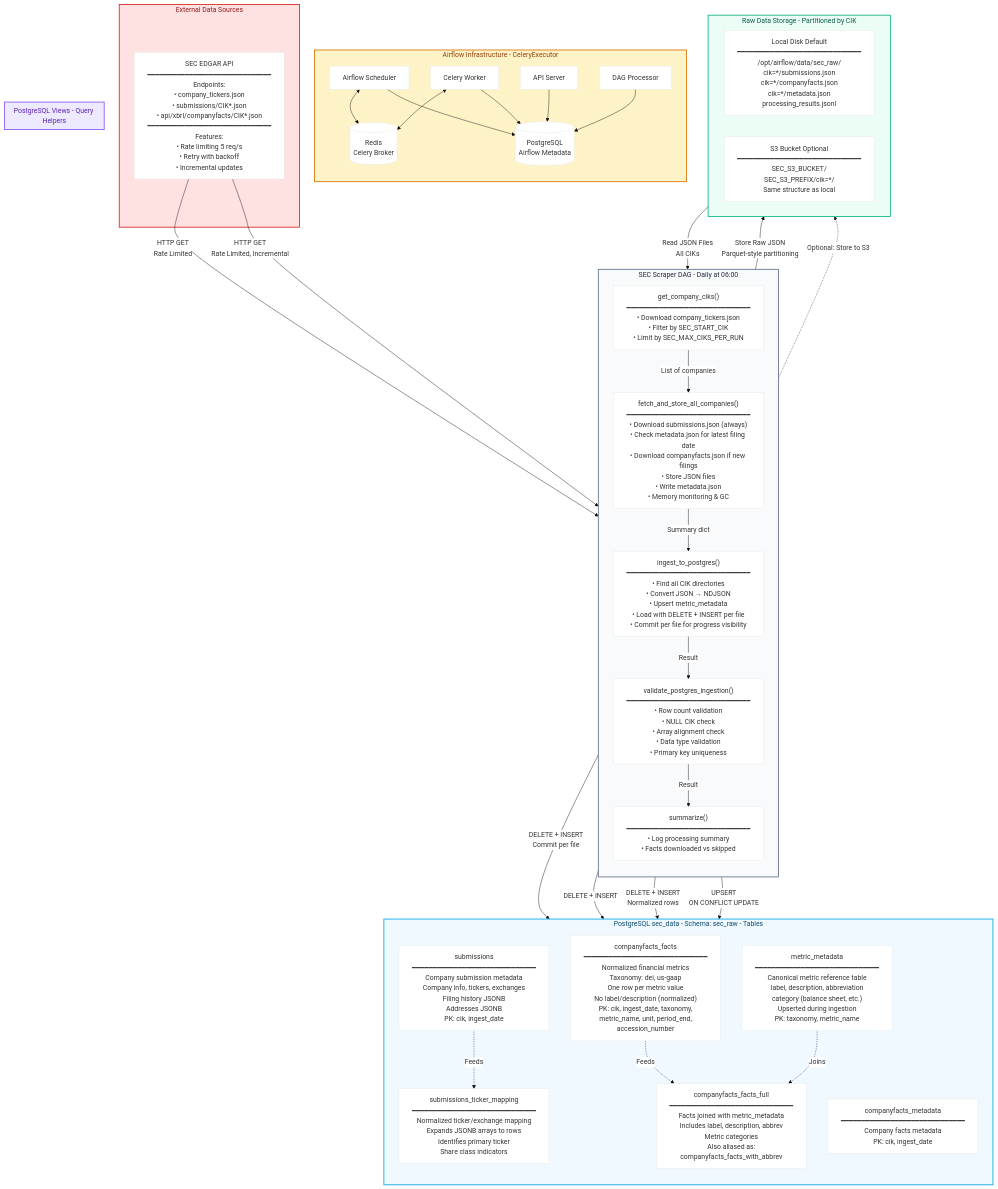
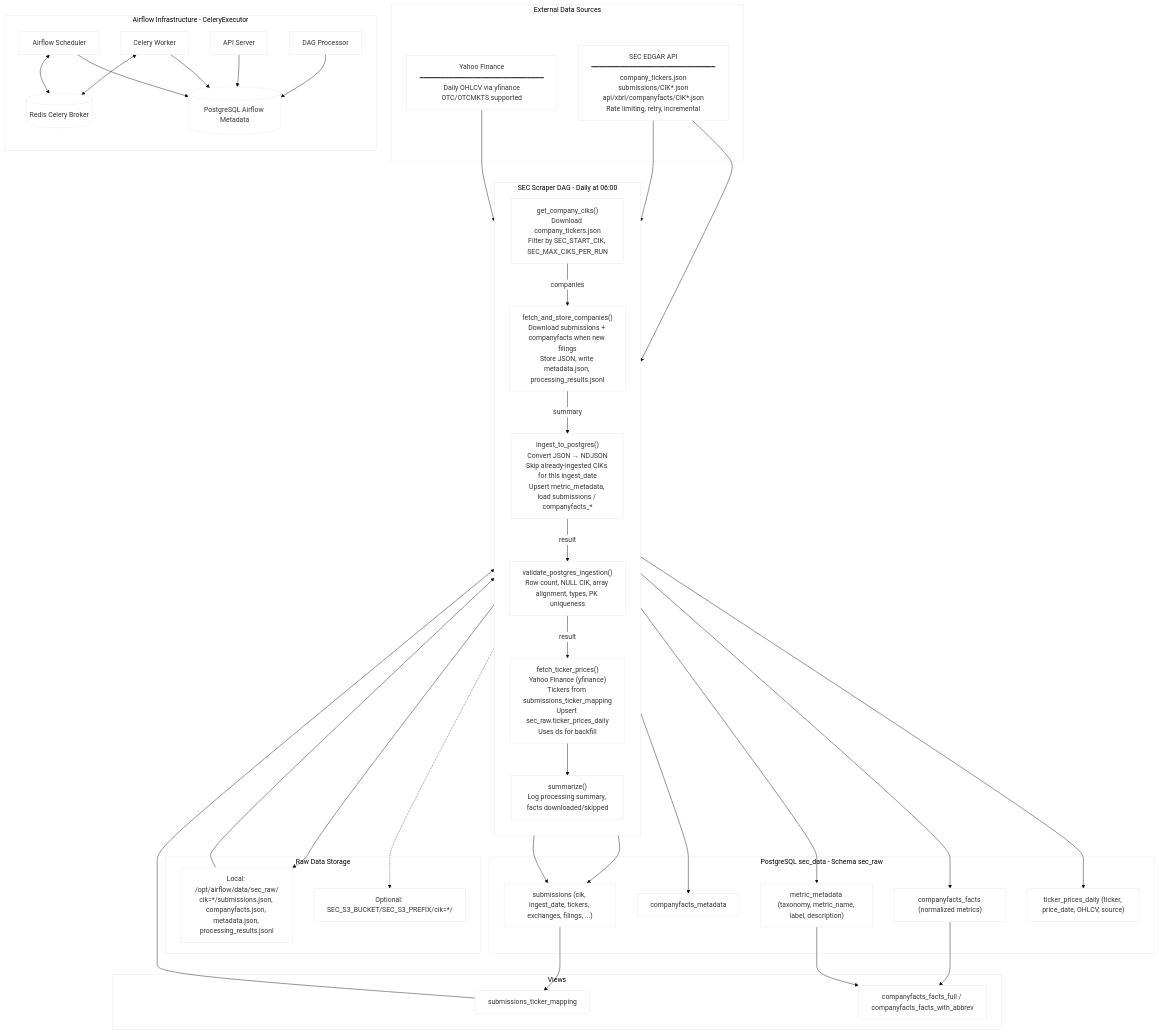
Before and after one commit to c4ssio/airflow_dfv: the diagram in mermaid.md, drawn with Mermaid. The commit also changed 15 other files, not shown here.

````diff
--- a/mermaid.md
+++ b/mermaid.md
@@ -2,7 +2,8 @@
 %%{init: {'theme': 'base', 'themeVariables': { 'primaryColor': '#ffffff', 'edgeColor': '#666666' }}}%%
 graph TB
     subgraph External_Sources [External Data Sources]
-        SEC["SEC EDGAR API<br/>━━━━━━━━━━━━━━━━━━━━━━━━━━━━━━<br/>Endpoints:<br/>• company_tickers.json<br/>• submissions/CIK*.json<br/>• api/xbrl/companyfacts/CIK*.json<br/>━━━━━━━━━━━━━━━━━━━━━━━━━━━━━━<br/>Features:<br/>• Rate limiting 5 req/s<br/>• Retry with backoff<br/>• Incremental updates"]
+        SEC["SEC EDGAR API<br/>━━━━━━━━━━━━━━━━━━━━━━━━━━━━━━<br/>company_tickers.json<br/>submissions/CIK*.json<br/>api/xbrl/companyfacts/CIK*.json<br/>Rate limiting, retry, incremental"]
+        YAHOO["Yahoo Finance<br/>━━━━━━━━━━━━━━━━━━━━━━━━━━━━━━<br/>Daily OHLCV via yfinance<br/>OTC/OTCMKTS supported"]
     end
 
     subgraph Airflow_Infrastructure [Airflow Infrastructure - CeleryExecutor]
@@ -11,10 +12,8 @@
         WORKER[Celery Worker]
         API[API Server]
         DAG_PROC[DAG Processor]
-
-        POSTGRES_AF[(PostgreSQL<br/>Airflow Metadata)]
-        REDIS[(Redis<br/>Celery Broker)]
-
+        POSTGRES_AF[(PostgreSQL Airflow Metadata)]
+        REDIS[(Redis Celery Broker)]
         SCHEDULER --> POSTGRES_AF
         WORKER --> POSTGRES_AF
         API --> POSTGRES_AF
@@ -25,59 +24,52 @@
 
     subgraph Airflow_Pipeline [SEC Scraper DAG - Daily at 06:00]
         direction TB
-        GET_CIKS["get_company_ciks()<br/>━━━━━━━━━━━━━━━━━━━━━━━━━━━━━━<br/>• Download company_tickers.json<br/>• Filter by SEC_START_CIK<br/>• Limit by SEC_MAX_CIKS_PER_RUN"]
-        FETCH_STORE["fetch_and_store_all_companies()<br/>━━━━━━━━━━━━━━━━━━━━━━━━━━━━━━<br/>• Download submissions.json (always)<br/>• Check metadata.json for latest filing date<br/>• Download companyfacts.json if new filings<br/>• Store JSON files<br/>• Write metadata.json<br/>• Memory monitoring & GC"]
-        INGEST["ingest_to_postgres()<br/>━━━━━━━━━━━━━━━━━━━━━━━━━━━━━━<br/>• Find all CIK directories<br/>• Convert JSON → NDJSON<br/>• Upsert metric_metadata<br/>• Load with DELETE + INSERT per file<br/>• Commit per file for progress visibility"]
-        VALIDATE["validate_postgres_ingestion()<br/>━━━━━━━━━━━━━━━━━━━━━━━━━━━━━━<br/>• Row count validation<br/>• NULL CIK check<br/>• Array alignment check<br/>• Data type validation<br/>• Primary key uniqueness"]
-        SUMMARIZE["summarize()<br/>━━━━━━━━━━━━━━━━━━━━━━━━━━━━━━<br/>• Log processing summary<br/>• Facts downloaded vs skipped"]
+        GET_CIKS["get_company_ciks()<br/>Download company_tickers.json<br/>Filter by SEC_START_CIK, SEC_MAX_CIKS_PER_RUN"]
+        FETCH_STORE["fetch_and_store_companies()<br/>Download submissions + companyfacts when new filings<br/>Store JSON, write metadata.json, processing_results.jsonl"]
+        INGEST["ingest_to_postgres()<br/>Convert JSON → NDJSON<br/>Skip already-ingested CIKs for this ingest_date<br/>Upsert metric_metadata, load submissions / companyfacts_*"]
+        VALIDATE["validate_postgres_ingestion()<br/>Row count, NULL CIK, array alignment, types, PK uniqueness"]
+        FETCH_PRICES["fetch_ticker_prices()<br/>Yahoo Finance (yfinance)<br/>Tickers from submissions_ticker_mapping<br/>Upsert sec_raw.ticker_prices_daily<br/>Uses ds for backfill"]
+        SUMMARIZE["summarize()<br/>Log processing summary, facts downloaded/skipped"]
 
-        GET_CIKS -->|List of companies| FETCH_STORE
-        FETCH_STORE -->|Summary dict| INGEST
-        INGEST -->|Result| VALIDATE
-        VALIDATE -->|Result| SUMMARIZE
+        GET_CIKS -->|companies| FETCH_STORE
+        FETCH_STORE -->|summary| INGEST
+        INGEST -->|result| VALIDATE
+        VALIDATE -->|result| FETCH_PRICES
+        FETCH_PRICES --> SUMMARIZE
     end
 
-    subgraph Storage [Raw Data Storage - Partitioned by CIK]
-        direction LR
-        LOCAL["Local Disk Default<br/>━━━━━━━━━━━━━━━━━━━━━━━━━━━━━━<br/>/opt/airflow/data/sec_raw/<br/>cik=*/submissions.json<br/>cik=*/companyfacts.json<br/>cik=*/metadata.json<br/>processing_results.jsonl"]
-        S3["S3 Bucket Optional<br/>━━━━━━━━━━━━━━━━━━━━━━━━━━━━━━<br/>SEC_S3_BUCKET/<br/>SEC_S3_PREFIX/cik=*/<br/>Same structure as local"]
+    subgraph Storage [Raw Data Storage]
+        LOCAL["Local: /opt/airflow/data/sec_raw/<br/>cik=*/submissions.json, companyfacts.json, metadata.json, processing_results.jsonl"]
+        S3["Optional: SEC_S3_BUCKET/SEC_S3_PREFIX/cik=*/"]
     end
 
-    subgraph PG_Raw [PostgreSQL sec_data - Schema: sec_raw - Tables]
-        direction TB
-        SUBMISSIONS["submissions<br/>━━━━━━━━━━━━━━━━━━━━━━━━━━━━━━<br/>Company submission metadata<br/>Company info, tickers, exchanges<br/>Filing history JSONB<br/>Addresses JSONB<br/>PK: cik, ingest_date"]
-        CF_METADATA["companyfacts_metadata<br/>━━━━━━━━━━━━━━━━━━━━━━━━━━━━━━<br/>Company facts metadata<br/>PK: cik, ingest_date"]
-        CF_FACTS["companyfacts_facts<br/>━━━━━━━━━━━━━━━━━━━━━━━━━━━━━━<br/>Normalized financial metrics<br/>Taxonomy: dei, us-gaap<br/>One row per metric value<br/>No label/description (normalized)<br/>PK: cik, ingest_date, taxonomy,<br/>metric_name, unit, period_end,<br/>accession_number"]
-        METRIC_META["metric_metadata<br/>━━━━━━━━━━━━━━━━━━━━━━━━━━━━━━<br/>Canonical metric reference table<br/>label, description, abbreviation<br/>category (balance sheet, etc.)<br/>Upserted during ingestion<br/>PK: taxonomy, metric_name"]
-
-        SUBMISSIONS -.->|Feeds| VIEW1
-        CF_FACTS -.->|Feeds| VIEW2
-        METRIC_META -.->|Joins| VIEW2
+    subgraph PG_Raw [PostgreSQL sec_data - Schema sec_raw]
+        SUBMISSIONS["submissions (cik, ingest_date, tickers, exchanges, filings, ...)"]
+        CF_METADATA["companyfacts_metadata"]
+        CF_FACTS["companyfacts_facts (normalized metrics)"]
+        METRIC_META["metric_metadata (taxonomy, metric_name, label, description)"]
+        TICKER_PRICES["ticker_prices_daily (ticker, price_date, OHLCV, source)"]
     end
 
-    subgraph PG_Views [PostgreSQL Views - Query Helpers]
-        direction TB
-        VIEW1["submissions_ticker_mapping<br/>━━━━━━━━━━━━━━━━━━━━━━━━━━━━━━<br/>Normalized ticker/exchange mapping<br/>Expands JSONB arrays to rows<br/>Identifies primary ticker<br/>Share class indicators"]
-        VIEW2["companyfacts_facts_full<br/>━━━━━━━━━━━━━━━━━━━━━━━━━━━━━━<br/>Facts joined with metric_metadata<br/>Includes label, description, abbrev<br/>Metric categories<br/>Also aliased as:<br/>companyfacts_facts_with_abbrev"]
+    subgraph PG_Views [Views]
+        VIEW1["submissions_ticker_mapping"]
+        VIEW2["companyfacts_facts_full / companyfacts_facts_with_abbrev"]
     end
 
-    SEC -->|HTTP GET<br/>Rate Limited| GET_CIKS
-    SEC -->|HTTP GET<br/>Rate Limited, Incremental| FETCH_STORE
-
-    FETCH_STORE -->|Store Raw JSON<br/>Parquet-style partitioning| LOCAL
-    FETCH_STORE -.->|Optional: Store to S3| S3
-
-    LOCAL -->|Read JSON Files<br/>All CIKs| INGEST
-    INGEST -->|DELETE + INSERT<br/>Commit per file| SUBMISSIONS
-    INGEST -->|DELETE + INSERT| CF_METADATA
-    INGEST -->|DELETE + INSERT<br/>Normalized rows| CF_FACTS
-    INGEST -->|UPSERT<br/>ON CONFLICT UPDATE| METRIC_META
-
-    %% Styling
-    style External_Sources fill:#fee2e2,stroke:#dc2626,stroke-width:2px,color:#991b1b
-    style Airflow_Infrastructure fill:#fef3c7,stroke:#d97706,stroke-width:2px,color:#92400e
-    style Airflow_Pipeline fill:#f8fafc,stroke:#64748b,stroke-width:2px,color:#1e293b
-    style Storage fill:#ecfdf5,stroke:#10b981,stroke-width:2px,color:#065f46
-    style PG_Raw fill:#f0f9ff,stroke:#0ea5e9,stroke-width:2px,color:#0c4a6e
-    style PG_Views fill:#ede9fe,stroke:#8b5cf6,stroke-width:2px,color:#5b21b6
+    SEC --> GET_CIKS
+    SEC --> FETCH_STORE
+    FETCH_STORE --> LOCAL
+    FETCH_STORE -.-> S3
+    LOCAL --> INGEST
+    INGEST --> SUBMISSIONS
+    INGEST --> CF_METADATA
+    INGEST --> CF_FACTS
+    INGEST --> METRIC_META
+    VALIDATE --> SUBMISSIONS
+    SUBMISSIONS --> VIEW1
+    VIEW1 --> FETCH_PRICES
+    YAHOO --> FETCH_PRICES
+    FETCH_PRICES --> TICKER_PRICES
+    CF_FACTS --> VIEW2
+    METRIC_META --> VIEW2
 ```
````
